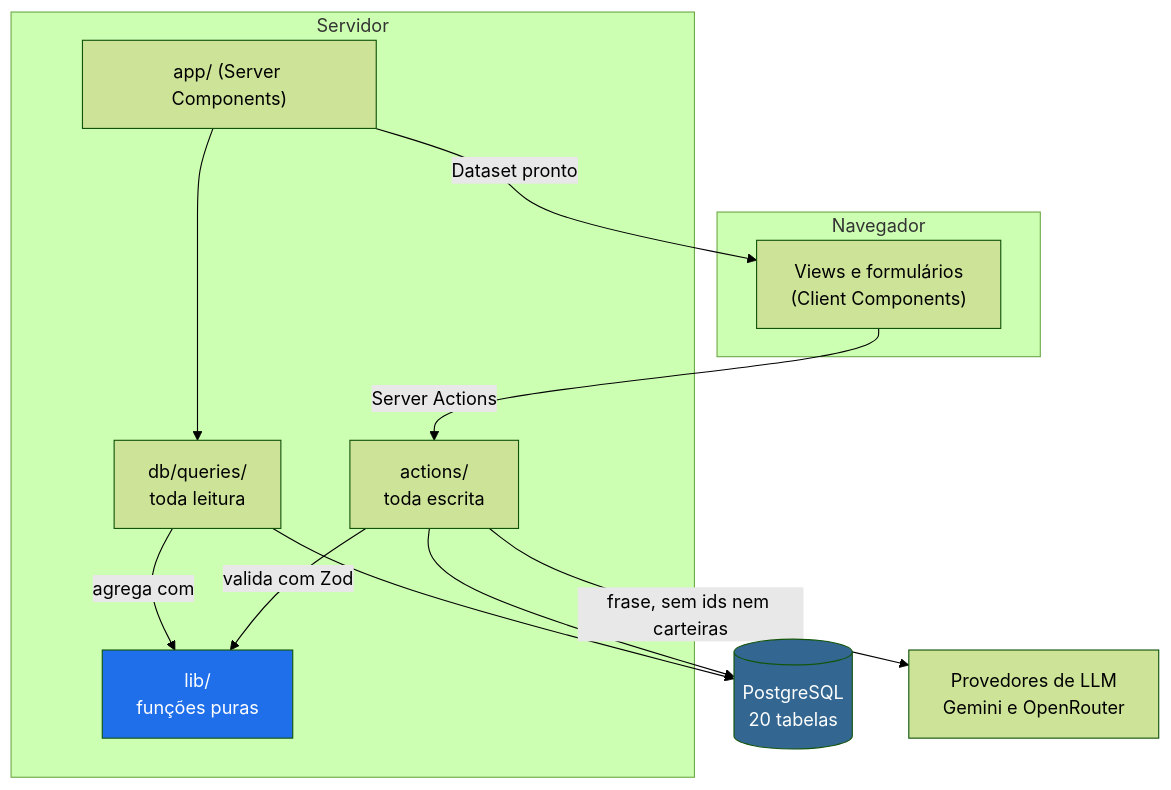
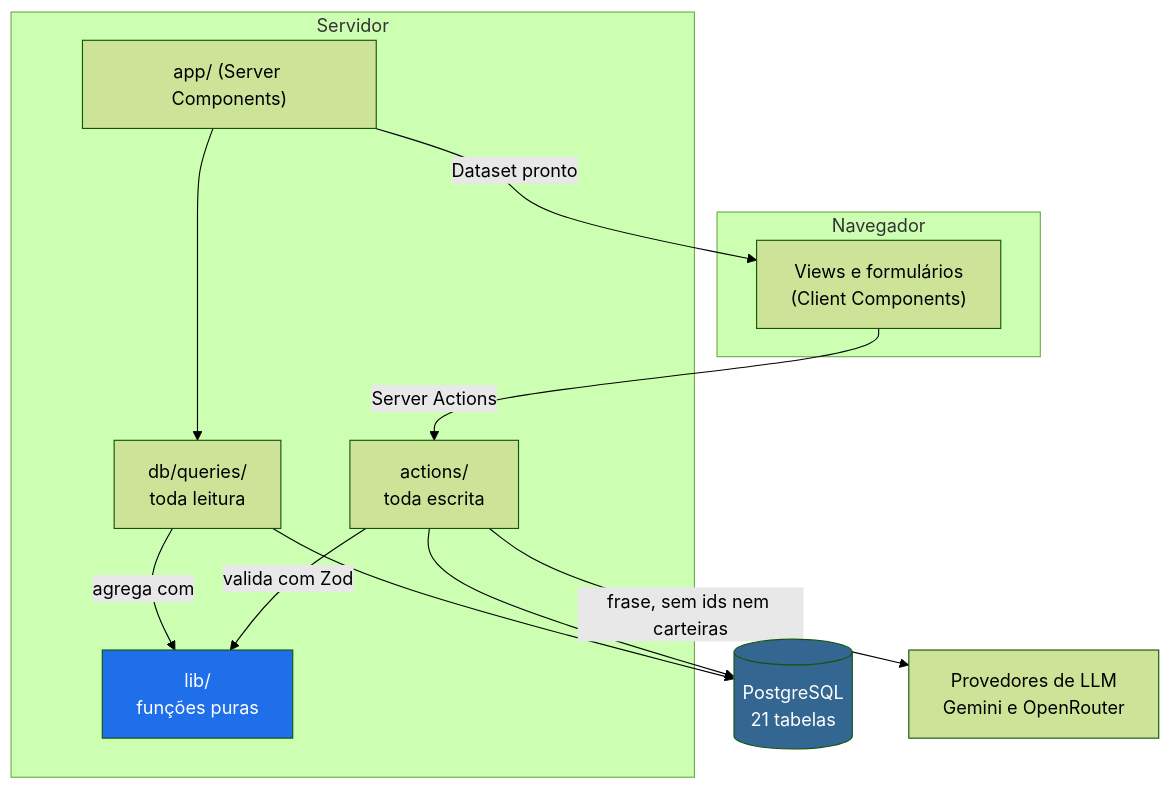
Before and after one commit to arturnery/airdrop-tracker: the second of 3 diagrams in README.md, drawn with Mermaid (forest theme). The commit also changed other lines of this file and 21 other files, not shown here.

````diff
--- a/README.md
+++ b/README.md
@@ -187,28 +192,28 @@
 ```mermaid
 flowchart TB
     subgraph cliente["Navegador"]
         V["Views e formulários<br/>(Client Components)"]
     end
 
     subgraph servidor["Servidor"]
         P["app/ (Server Components)"]
         A["actions/<br/>toda escrita"]
         Q["db/queries/<br/>toda leitura"]
         L["lib/<br/>funções puras"]
     end
 
-    DB[("PostgreSQL<br/>20 tabelas")]
+    DB[("PostgreSQL<br/>21 tabelas")]
     IA["Provedores de LLM<br/>Gemini e OpenRouter"]
 
     P -->|Dataset pronto| V
     V -->|Server Actions| A
     P --> Q
     A -->|valida com Zod| L
     Q -->|agrega com| L
     A --> DB
     Q --> DB
     A -->|frase, sem ids nem carteiras| IA
 
     style L fill:#1f6feb,color:#fff
     style DB fill:#336791,color:#fff
 ```
````
